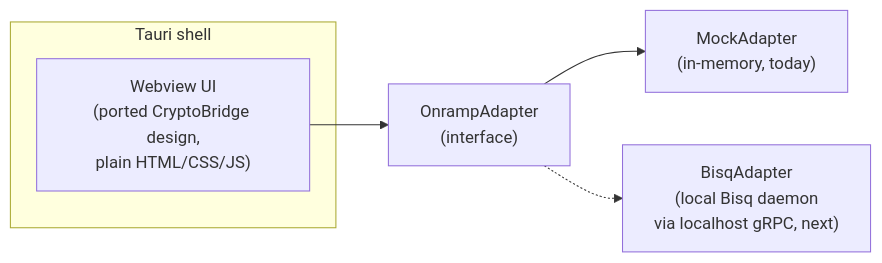
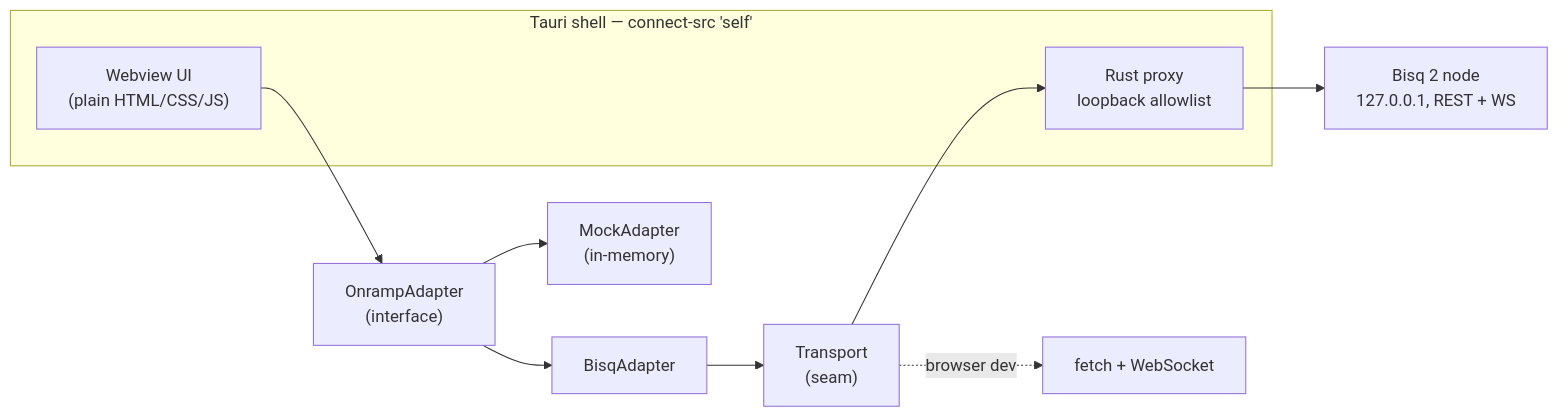
One commit to bhanneke/cryptobridge-desktop changed the diagram in README.md. Above: the diagram before and after it, drawn with Mermaid. The commit also changed other lines of this file and 13 other files, not shown here.

````diff
--- a/README.md
+++ b/README.md
@@ -34,9 +36,14 @@
 ```mermaid
 flowchart LR
-    UI["Webview UI<br/>(ported CryptoBridge design,<br/>plain HTML/CSS/JS)"] --> A["OnrampAdapter<br/>(interface)"]
-    A --> M["MockAdapter<br/>(in-memory, today)"]
-    A -.-> B["BisqAdapter<br/>(local Bisq daemon<br/>via localhost gRPC, next)"]
-    subgraph Tauri shell
+    UI["Webview UI<br/>(plain HTML/CSS/JS)"] --> A["OnrampAdapter<br/>(interface)"]
+    A --> M["MockAdapter<br/>(in-memory)"]
+    A --> B["BisqAdapter"]
+    B --> T["Transport<br/>(seam)"]
+    T -. "browser dev" .-> W["fetch + WebSocket"]
+    T --> P["Rust proxy<br/>loopback allowlist"]
+    P --> N["Bisq 2 node<br/>127.0.0.1, REST + WS"]
+    subgraph shell ["Tauri shell — connect-src 'self'"]
         UI
+        P
     end
 ```
````
